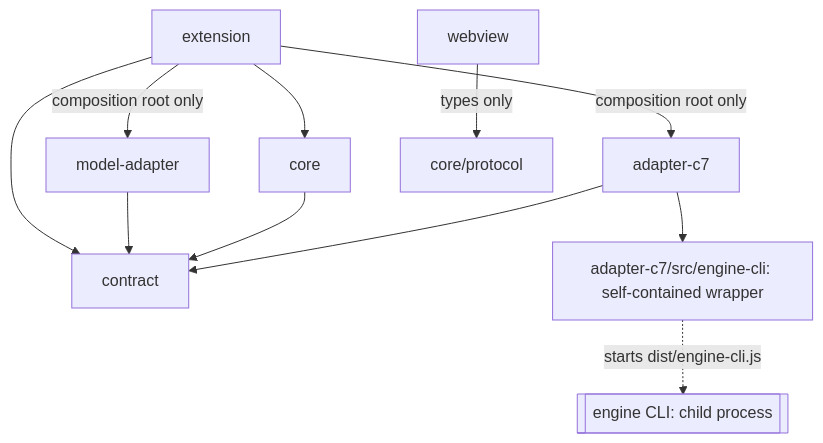
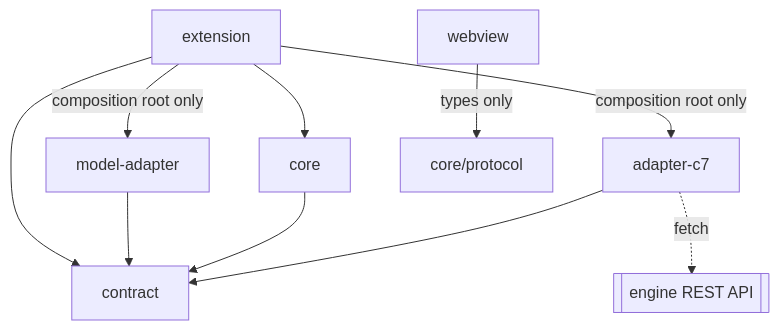
The first of 2 diagrams in apps/vscode/docs/adr/architecture.md (Miragon/pulse), drawn with Mermaid before and after one commit. The commit also changed other lines of this file and 268 other files, not shown here.

````diff
--- a/apps/vscode/docs/adr/architecture.md
+++ b/apps/vscode/docs/adr/architecture.md
@@ -40,13 +40,12 @@
 ```mermaid
 flowchart TB
   extension --> core
   extension --> contract
   extension -- composition root only --> adapterC7[adapter-c7]
   extension -- composition root only --> modelAdapter[model-adapter]
   modelAdapter --> contract
   core --> contract
   webview -- types only --> protocol[core/protocol]
   adapterC7 --> contract
-  adapterC7 --> engineCli[adapter-c7/src/engine-cli: self-contained wrapper]
-  engineCli -. "starts dist/engine-cli.js" .-> cli[[engine CLI: child process]]
+  adapterC7 -. "fetch" .-> rest[[engine REST API]]
 ```
````
